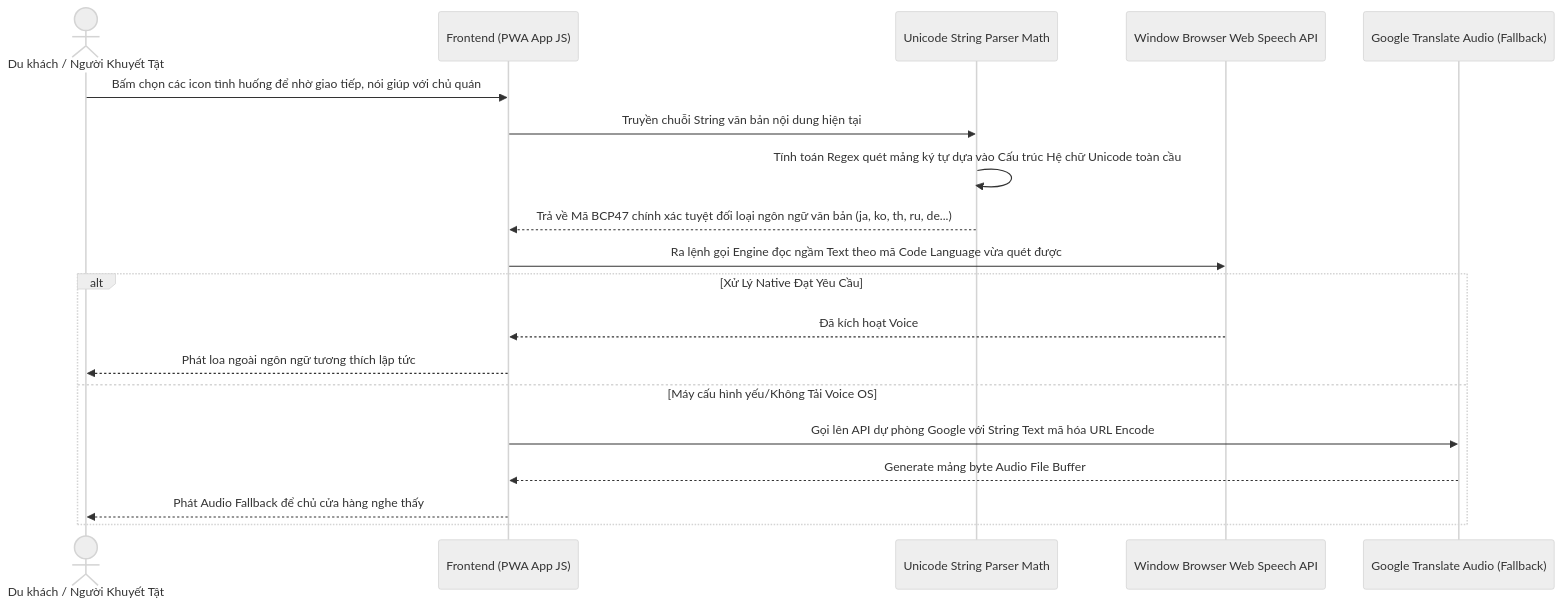
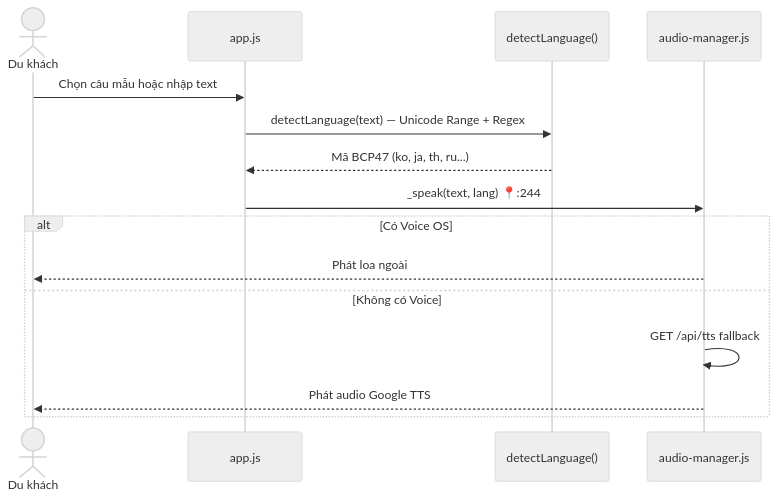
The sixth of 7 diagrams in PRD_VinhKhanh_Final2.md (Hzyl/CShape), drawn with Mermaid (neutral theme) before and after one commit. The commit also changed other lines of this file and 3 other files, not shown here.

````diff
--- a/PRD_VinhKhanh_Final2.md
+++ b/PRD_VinhKhanh_Final2.md
@@ -309,24 +315,19 @@
 ```mermaid
 sequenceDiagram
-    actor User as Du khách / Người Khuyết Tật
-    participant C as Frontend (PWA App JS)
-    participant U as Unicode String Parser Math
-    participant TSS as Window Browser Web Speech API
-    participant GF as Google Translate Audio (Fallback)
+    actor User as Du khách
+    participant App as app.js
+    participant AI as detectLanguage()
+    participant TTS as audio-manager.js
 
-    User->>C: Bấm chọn các icon tình huống để nhờ giao tiếp, nói giúp với chủ quán
-    C->>U: Truyền chuỗi String văn bản nội dung hiện tại
-    U->>U: Tính toán Regex quét mảng ký tự dựa vào Cấu trúc Hệ chữ Unicode toàn cầu
-    U-->>C: Trả về Mã BCP47 chính xác tuyệt đối loại ngôn ngữ văn bản (ja, ko, th, ru, de...)
-    
-    C->>TSS: Ra lệnh gọi Engine đọc ngầm Text theo mã Code Language vừa quét được
-    
-    alt Xử Lý Native Đạt Yêu Cầu
-        TSS-->>C: Đã kích hoạt Voice
-        C-->>User: Phát loa ngoài ngôn ngữ tương thích lập tức
-    else Máy cấu hình yếu/Không Tải Voice OS
-         C->>GF: Gọi lên API dự phòng Google với String Text mã hóa URL Encode
-         GF-->>C: Generate mảng byte Audio File Buffer
-         C-->>User: Phát Audio Fallback để chủ cửa hàng nghe thấy
+    User->>App: Chọn câu mẫu hoặc nhập text
+    App->>AI: detectLanguage(text) — Unicode Range + Regex
+    AI-->>App: Mã BCP47 (ko, ja, th, ru...)
+    App->>TTS: _speak(text, lang) 📍:244
+
+    alt Có Voice OS
+        TTS-->>User: Phát loa ngoài
+    else Không có Voice
+        TTS->>TTS: GET /api/tts fallback
+        TTS-->>User: Phát audio Google TTS
     end
 ```
````
